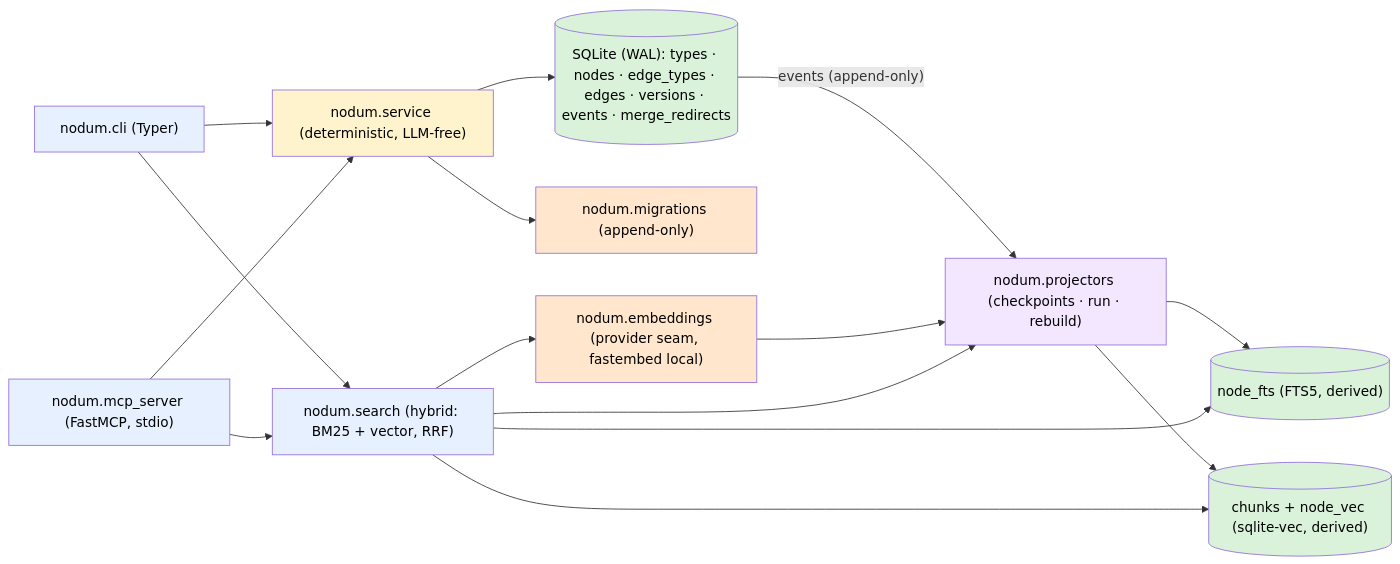
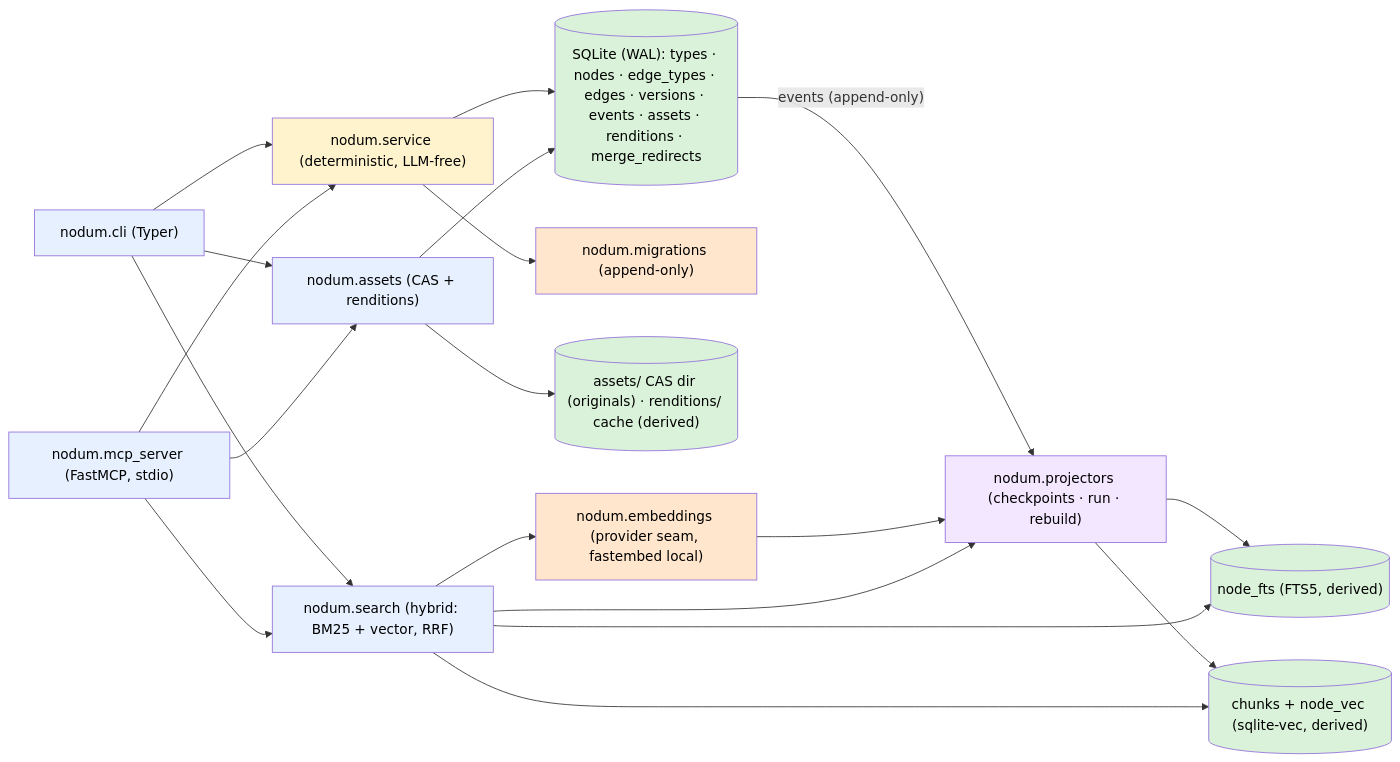
One commit to vcoeur/nodum changed the diagram in docs/architecture.md. Above: the diagram before and after it, drawn with Mermaid. The commit also changed other lines of this file and 12 other files, not shown here.

First line of the commit message:
Add content-addressed assets and thumb/preview image renditions

````diff
--- a/docs/architecture.md
+++ b/docs/architecture.md
@@ -9,27 +9,33 @@
 ```mermaid
 flowchart LR
     cli["nodum.cli (Typer)"] --> svc["nodum.service (deterministic, LLM-free)"]
     mcp["nodum.mcp_server (FastMCP, stdio)"] --> svc
     cli --> qry["nodum.search (hybrid: BM25 + vector, RRF)"]
     mcp --> qry
-    svc --> db[("SQLite (WAL): types · nodes · edge_types · edges · versions · events · merge_redirects")]
+    cli --> ast["nodum.assets (CAS + renditions)"]
+    mcp --> ast
+    svc --> db[("SQLite (WAL): types · nodes · edge_types · edges · versions · events · assets · renditions · merge_redirects")]
     svc --> mig["nodum.migrations (append-only)"]
+    ast --> db
+    ast --> cas[("assets/ CAS dir (originals) · renditions/ cache (derived)")]
     db -- "events (append-only)" --> prj["nodum.projectors (checkpoints · run · rebuild)"]
     prj --> fts[("node_fts (FTS5, derived)")]
     prj --> vec[("chunks + node_vec (sqlite-vec, derived)")]
     emb["nodum.embeddings (provider seam, fastembed local)"] --> prj
     qry --> fts
     qry --> vec
     qry --> emb
     qry --> prj
     style cli fill:#e6f0ff,color:#000
     style mcp fill:#e6f0ff,color:#000
     style svc fill:#fff3cd,color:#000
     style db fill:#d9f2d9,color:#000
     style mig fill:#ffe6cc,color:#000
     style prj fill:#f3e6ff,color:#000
     style fts fill:#d9f2d9,color:#000
     style vec fill:#d9f2d9,color:#000
     style emb fill:#ffe6cc,color:#000
     style qry fill:#e6f0ff,color:#000
+    style ast fill:#e6f0ff,color:#000
+    style cas fill:#d9f2d9,color:#000
 ```
````
